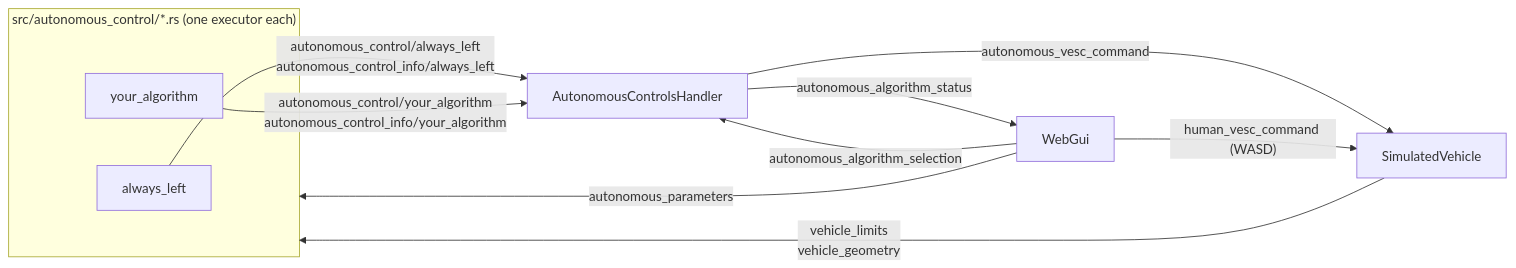
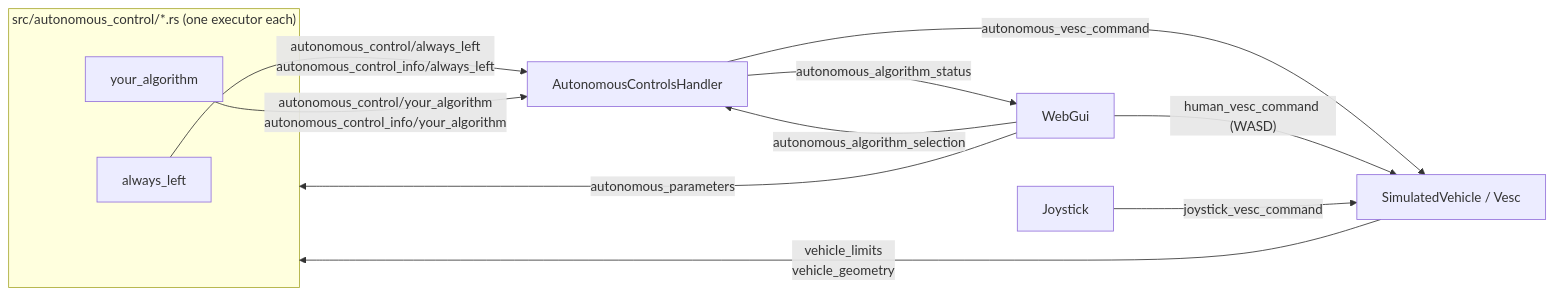
Before and after one commit to Noce99/AuRoRus: the first of 2 diagrams in documentation/autonomous_algorithms.md, drawn with Mermaid. The commit also changed other lines of this file and 19 other files, not shown here.

````diff
--- a/documentation/autonomous_algorithms.md
+++ b/documentation/autonomous_algorithms.md
@@ -12,17 +12,18 @@
 ```mermaid
 flowchart LR
     subgraph algos["src/autonomous_control/*.rs (one executor each)"]
         A1["always_left"]
         A2["your_algorithm"]
     end
 
     A1 -- "autonomous_control/always_left\nautonomous_control_info/always_left" --> H
     A2 -- "autonomous_control/your_algorithm\nautonomous_control_info/your_algorithm" --> H
 
     W["WebGui"] -- "autonomous_algorithm_selection" --> H["AutonomousControlsHandler"]
     W -- "autonomous_parameters" --> algos
     H -- "autonomous_algorithm_status" --> W
-    H -- "autonomous_vesc_command" --> V["SimulatedVehicle"]
+    H -- "autonomous_vesc_command" --> V["SimulatedVehicle / Vesc"]
     W -- "human_vesc_command (WASD)" --> V
+    J["Joystick"] -- "joystick_vesc_command" --> V
     V -- "vehicle_limits\nvehicle_geometry" --> algos
 ```
````
